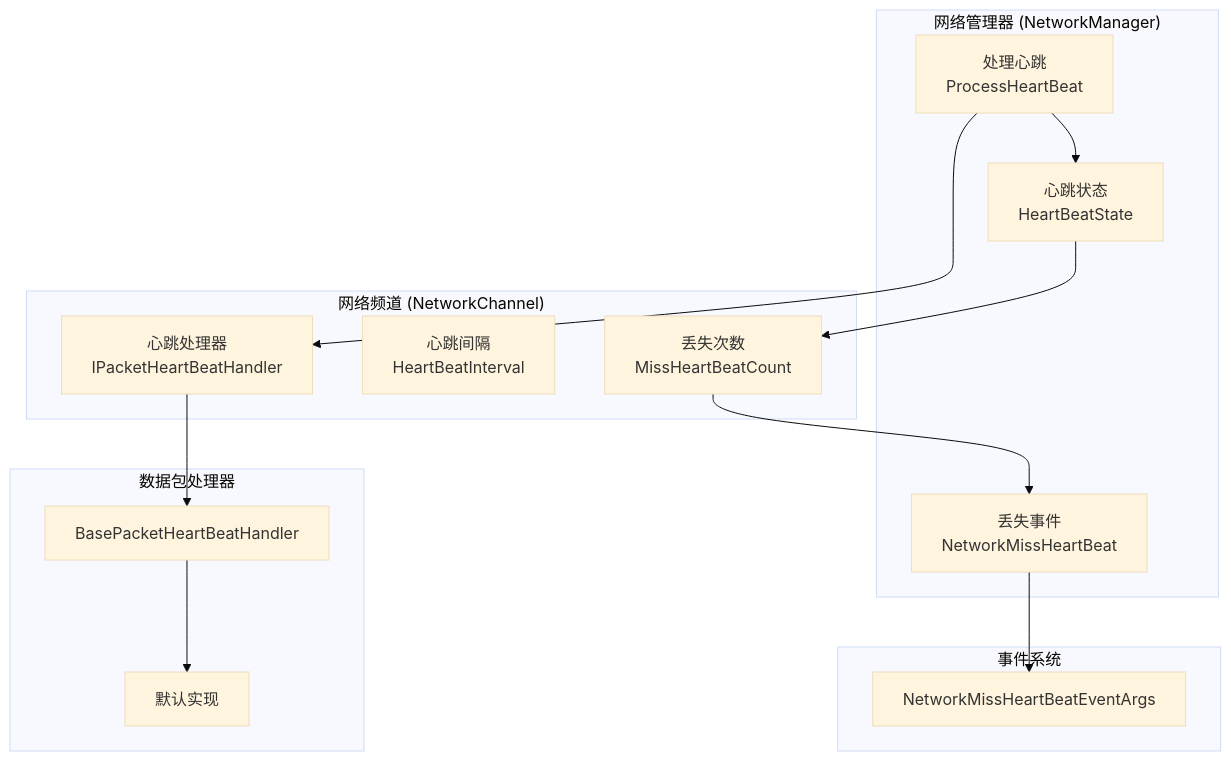
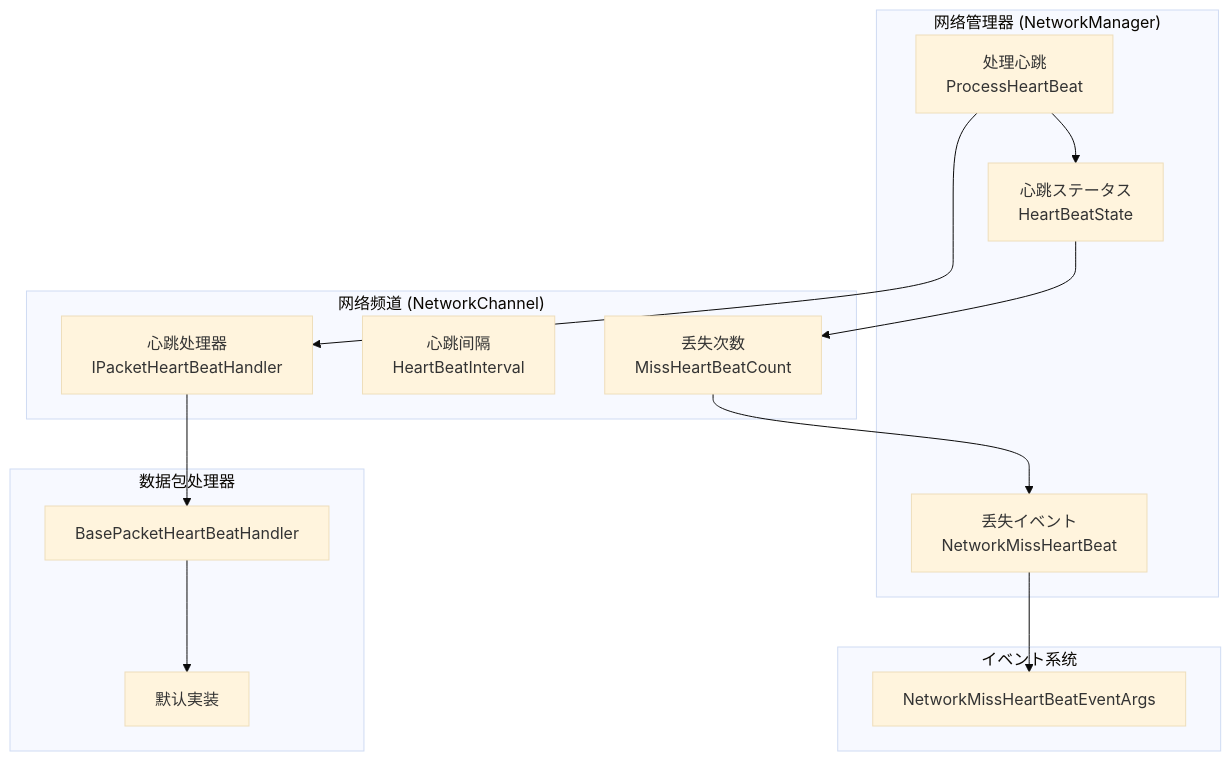
Before and after one commit to AlianBlank/GameFrameX.Docs: the first of 2 diagrams in docs/ja/client/unity/component/network/09.heartbeat.md, drawn with Mermaid (base theme). The commit also changed other lines of this file and 603 other files, not shown here.

````diff
--- a/docs/ja/client/unity/component/network/09.heartbeat.md
+++ b/docs/ja/client/unity/component/network/09.heartbeat.md
@@ -20,31 +20,31 @@
 ```mermaid
 graph TD
     subgraph NetworkManager["网络管理器 (NetworkManager)"]
-        HBState["心跳状态<br/>HeartBeatState"]
+        HBState["心跳ステータス<br/>HeartBeatState"]
         ProcessHB["处理心跳<br/>ProcessHeartBeat"]
-        MissEvent["丢失事件<br/>NetworkMissHeartBeat"]
+        MissEvent["丢失イベント<br/>NetworkMissHeartBeat"]
     end
 
     subgraph NetworkChannel["网络频道 (NetworkChannel)"]
         HBHandler["心跳处理器<br/>IPacketHeartBeatHandler"]
         HBInterval["心跳间隔<br/>HeartBeatInterval"]
         MissCount["丢失次数<br/>MissHeartBeatCount"]
     end
 
     subgraph PacketHandler["数据包处理器"]
         BaseHB["BasePacketHeartBeatHandler"]
-        DefHB["默认实现"]
+        DefHB["默认実装"]
     end
 
-    subgraph Event["事件系统"]
+    subgraph Event["イベント系统"]
         EventArgs["NetworkMissHeartBeatEventArgs"]
     end
 
     ProcessHB --> HBState
     ProcessHB --> HBHandler
     HBHandler --> BaseHB
     BaseHB --> DefHB
     HBState --> MissCount
     MissCount --> MissEvent
     MissEvent --> EventArgs
 ```
````
